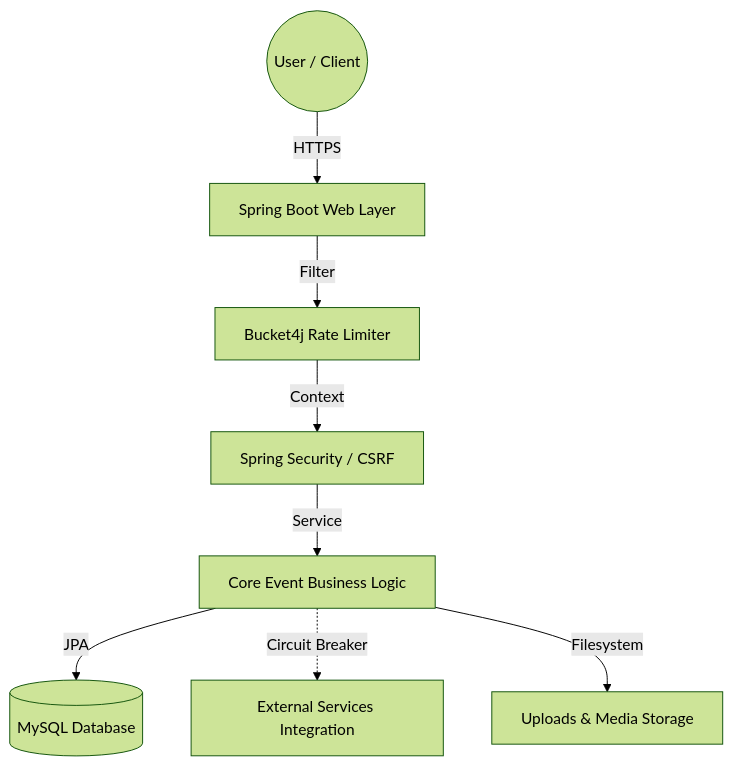
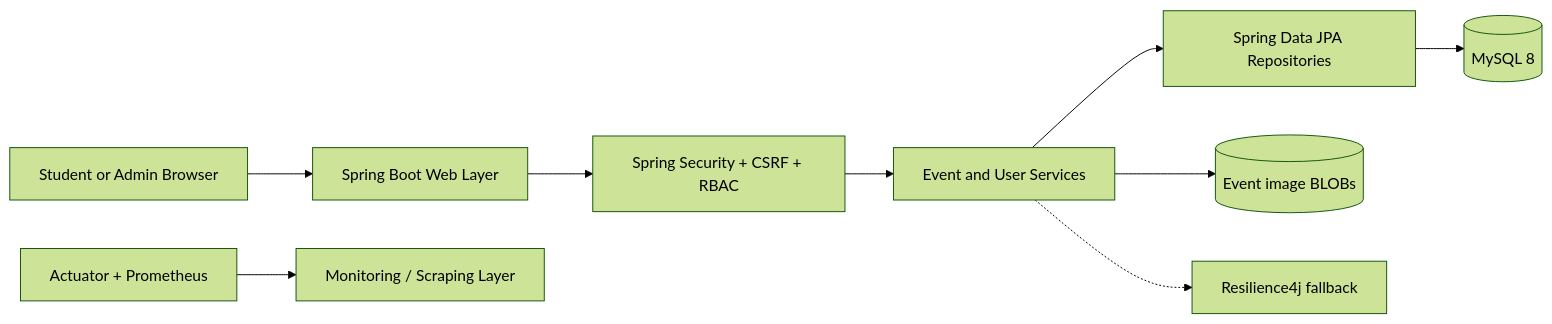
One commit to tejaswin-amara/campus-event-manager changed the diagram in README.md. Above: the diagram before and after it, drawn with Mermaid (forest theme). The commit also changed other lines of this file and 32 other files, not shown here.

````diff
--- a/README.md
+++ b/README.md
@@ -71,10 +68,11 @@
 ```mermaid
-graph TD
-    User((User / Client)) -->|HTTPS| WebLayer[Spring Boot Web Layer]
-    WebLayer -->|Filter| RateLimit[Bucket4j Rate Limiter]
-    RateLimit -->|Context| Security[Spring Security / CSRF]
-    Security -->|Service| CoreLogic[Core Event Business Logic]
-    CoreLogic -->|JPA| DB[(MySQL Database)]
-    CoreLogic -.->|Circuit Breaker| ExtAPI[External Services Integration]
-    CoreLogic -->|Filesystem| Storage[Uploads & Media Storage]
+flowchart LR
+    Browser[Student or Admin Browser] --> Web[Spring Boot Web Layer]
+    Web --> Security[Spring Security + CSRF + RBAC]
+    Security --> Services[Event and User Services]
+    Services --> Repositories[Spring Data JPA Repositories]
+    Repositories --> MySQL[(MySQL 8)]
+    Services --> Media[(Event image BLOBs)]
+    Services -.-> Resilience[Resilience4j fallback]
+    AppOps[Actuator + Prometheus] --> Ops[Monitoring / Scraping Layer]
 ```
````
